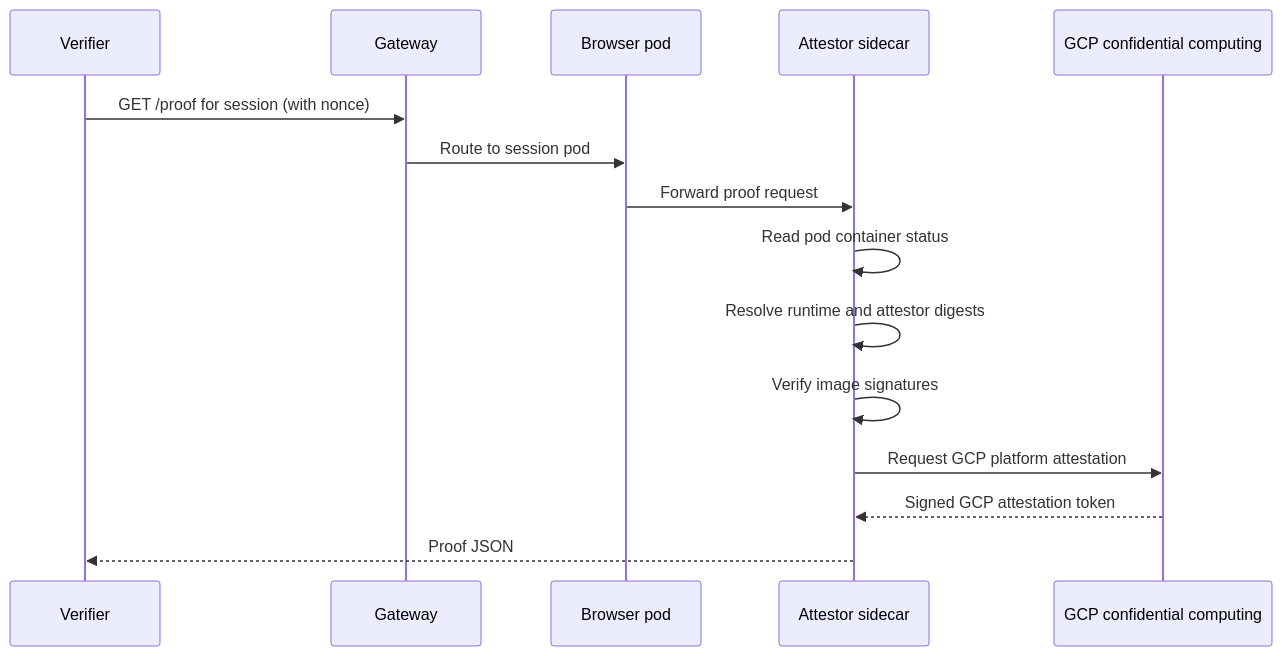
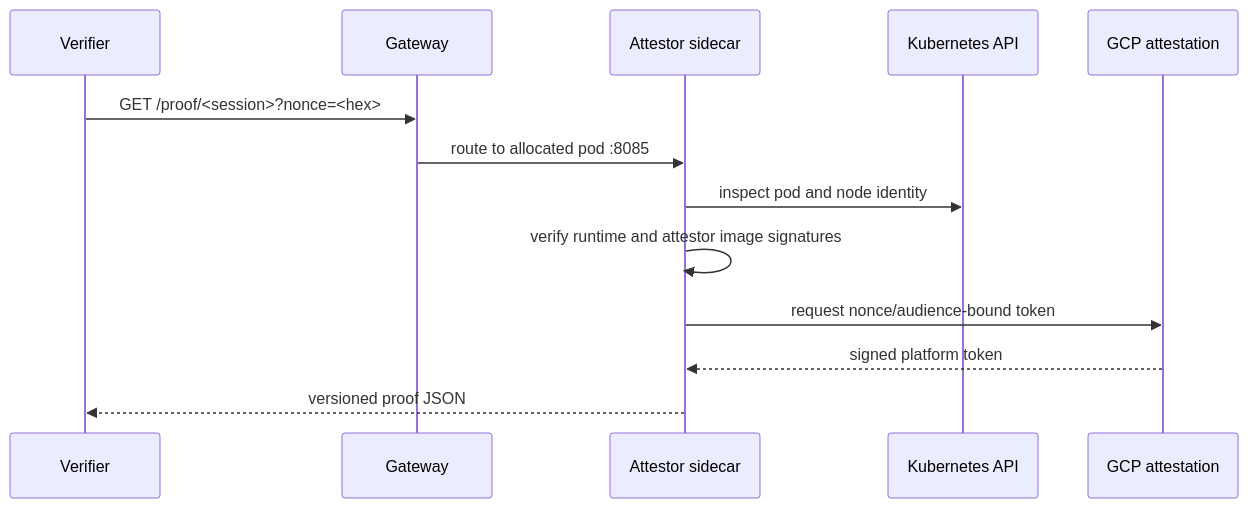
One commit to reclaimprotocol/popcorn-oss changed the diagram in docs/attestation.md. Above: the diagram before and after it, drawn with Mermaid. The commit also changed other lines of this file and 176 other files, not shown here.

Commit message:
refactor: simplify browser platform and rewrite hosting docs

````diff
--- a/docs/attestation.md
+++ b/docs/attestation.md
@@ -20,18 +26,16 @@
 ```mermaid
 sequenceDiagram
-    participant Client as Verifier
-    participant Gateway as Gateway
-    participant Browser as Browser pod
-    participant Attestor as Attestor sidecar
-    participant Provider as GCP confidential computing
+    participant V as Verifier
+    participant G as Gateway
+    participant A as Attestor sidecar
+    participant K as Kubernetes API
+    participant P as GCP attestation
 
-    Client->>Gateway: GET /proof for session (with nonce)
-    Gateway->>Browser: Route to session pod
-    Browser->>Attestor: Forward proof request
-    Attestor->>Attestor: Read pod container status
-    Attestor->>Attestor: Resolve runtime and attestor digests
-    Attestor->>Attestor: Verify image signatures
-    Attestor->>Provider: Request GCP platform attestation
-    Provider-->>Attestor: Signed GCP attestation token
-    Attestor-->>Client: Proof JSON
+    V->>G: GET /proof/<session>?nonce=<hex>
+    G->>A: route to allocated pod :8085
+    A->>K: inspect pod and node identity
+    A->>A: verify runtime and attestor image signatures
+    A->>P: request nonce/audience-bound token
+    P-->>A: signed platform token
+    A-->>V: versioned proof JSON
 ```
````
